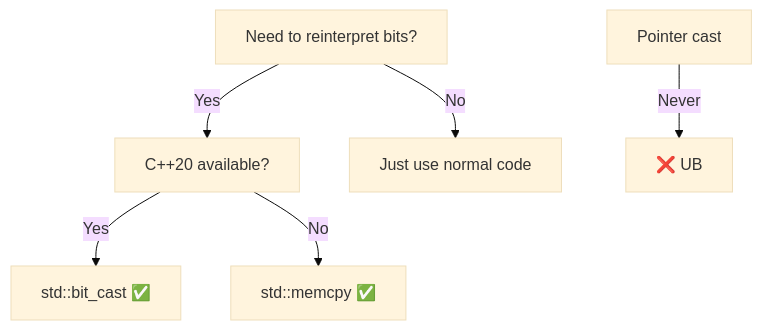
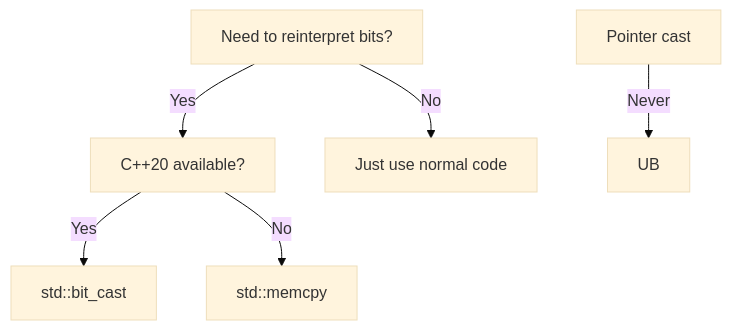
One commit to AndriiSonsiadlo/knowledge-base changed the diagram in docs/programming/cpp/05-memory-and-object-lifetime/strict-aliasing.md. Above: the diagram before and after it, drawn with Mermaid (base theme). The commit also changed other lines of this file and 12 other files, not shown here.

````diff
--- a/docs/programming/cpp/05-memory-and-object-lifetime/strict-aliasing.md
+++ b/docs/programming/cpp/05-memory-and-object-lifetime/strict-aliasing.md
@@ -191,10 +191,10 @@
 ```mermaid
 graph TD
     A[Need to reinterpret bits?] -->|Yes| B[C++20 available?]
-    B -->|Yes| C["std::bit_cast ✅"]
-    B -->|No| D["std::memcpy ✅"]
+    B -->|Yes| C["std::bit_cast"]
+    B -->|No| D["std::memcpy"]
     
     A -->|No| E[Just use normal code]
     
-    F[Pointer cast] -->|Never| G["❌ UB"]
+    F[Pointer cast] -->|Never| G["UB"]
 ```
````
